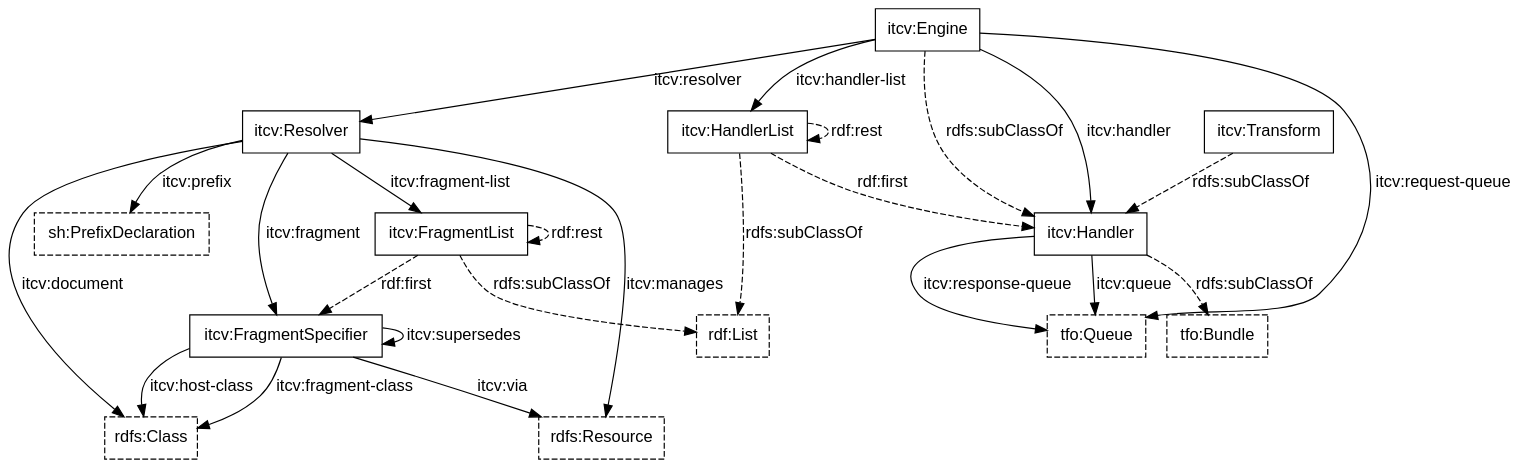
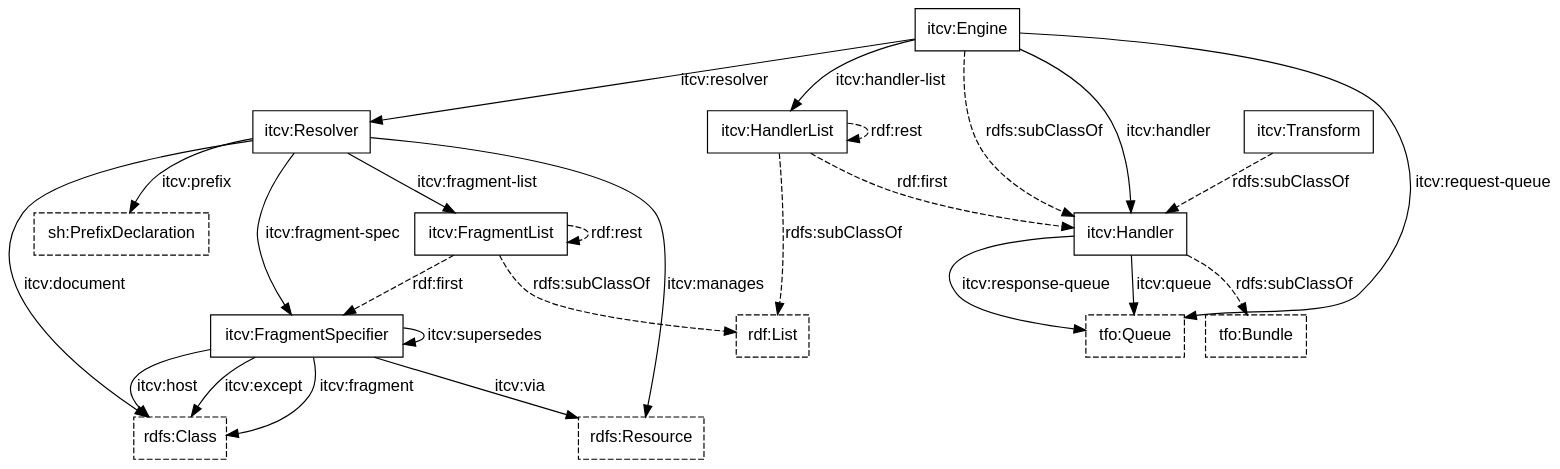
The diagram in intertwingler-classes.dot (doriantaylor/owl-intertwingler-vocab), drawn with Graphviz before and after one commit. The commit also changed 3 other files, not shown here.

```diff
--- a/intertwingler-classes.dot
+++ b/intertwingler-classes.dot
@@ -1,70 +1,71 @@
 digraph {
     graph [bgcolor=transparent];
     node [shape=box,color="#000000",fontcolor="#000000",fontname="Lucida Grande, Lucida Sans Unicode, sans-serif"];
     edge [color="#000000",fontcolor="#000000",fontname="Lucida Grande, Lucida Sans Unicode, sans-serif"];
 
 
     // third-party stuff
 
     subgraph {
         node [style=dashed];
         rdfs_Resource [label="rdfs:Resource", target="_parent", href="https://www.w3.org/TR/rdf-schema/#ch_resource"];
         rdfs_Class [label="rdfs:Class", target="_parent", href="https://www.w3.org/TR/rdf-schema/#ch_class"];
         rdf_List [label="rdf:List", target="_parent", href="https://www.w3.org/TR/rdf-schema/#ch_list"];
         sh_PrefixDeclaration [label="sh:PrefixDeclaration", target="_parent", href="https://www.w3.org/TR/shacl/#sparql-prefixes"];
         tfo_Bundle [label="tfo:Bundle", target="_parent", href="https://vocab.methodandstructure.com/transformation#Bundle"];
         tfo_Queue [label="tfo:Queue", target="_parent", href="https://vocab.methodandstructure.com/transformation#Queue"];
     }
 
     // our classes
 
     itcv_Handler [label="itcv:Handler", target="_parent", href="https://vocab.methodandstructure.com/intertwingler#Handler"];
     itcv_Resolver [label="itcv:Resolver", target="_parent", href="https://vocab.methodandstructure.com/intertwingler#Resolver"];
     itcv_FragmentList [label="itcv:FragmentList", target="_parent", href="https://vocab.methodandstructure.com/intertwingler#FragmentList"];
     itcv_FragmentSpecifier [label="itcv:FragmentSpecifier", target="_parent", href="https://vocab.methodandstructure.com/intertwingler#FragmentSpecifier"];
     itcv_Engine [label="itcv:Engine", target="_parent", href="https://vocab.methodandstructure.com/intertwingler#Engine"];
     itcv_Transform [label="itcv:Transform", target="_parent", href="https://vocab.methodandstructure.com/intertwingler#Transform"];
     itcv_HandlerList [label="itcv:HandlerList", target="_parent", href="https://vocab.methodandstructure.com/intertwingler#HandlerList"];
 
     // subclass relations
 
     subgraph {
         edge [style=dashed, label="rdfs:subClassOf"];
 
         itcv_Engine       -> itcv_Handler -> tfo_Bundle;
         itcv_Transform    -> itcv_Handler;
         itcv_HandlerList  -> rdf_List;
         itcv_FragmentList -> rdf_List;
     }
 
-    // other third-party relations
+    // lists
 
     subgraph {
         edge [style=dashed, label="rdf:first"];
         itcv_HandlerList -> itcv_Handler;
         itcv_FragmentList -> itcv_FragmentSpecifier;
     }
     subgraph {
         edge [style=dashed, label="rdf:rest"];
         itcv_HandlerList -> itcv_HandlerList;
         itcv_FragmentList -> itcv_FragmentList;
     }
 
     // main relations
 
     itcv_Resolver          -> rdfs_Resource [label="itcv:manages"];
     itcv_Resolver          -> sh_PrefixDeclaration [label="itcv:prefix"];
     itcv_Resolver          -> rdfs_Class [label="itcv:document"];
-    itcv_Resolver          -> itcv_FragmentSpecifier [label="itcv:fragment"];
+    itcv_Resolver          -> itcv_FragmentSpecifier [label="itcv:fragment-spec"];
     itcv_Resolver          -> itcv_FragmentList [label="itcv:fragment-list"];
-    itcv_FragmentSpecifier -> rdfs_Class [label="itcv:fragment-class"];
-    itcv_FragmentSpecifier -> rdfs_Class [label="itcv:host-class"];
+    itcv_FragmentSpecifier -> rdfs_Class [label="itcv:fragment"];
+    itcv_FragmentSpecifier -> rdfs_Class [label="itcv:host"];
+    itcv_FragmentSpecifier -> rdfs_Class [label="itcv:except"];
     itcv_FragmentSpecifier -> rdfs_Resource [label="itcv:via"];
     itcv_FragmentSpecifier -> itcv_FragmentSpecifier [label="itcv:supersedes"];
     itcv_Engine            -> itcv_Resolver [label="itcv:resolver"];
     itcv_Engine            -> itcv_Handler [label="itcv:handler"];
     itcv_Engine            -> itcv_HandlerList [label="itcv:handler-list"];
     itcv_Engine            -> tfo_Queue [label="itcv:request-queue"];
     itcv_Handler           -> tfo_Queue [label="itcv:response-queue"];
     itcv_Handler           -> tfo_Queue [label="itcv:queue"];
 }
```
